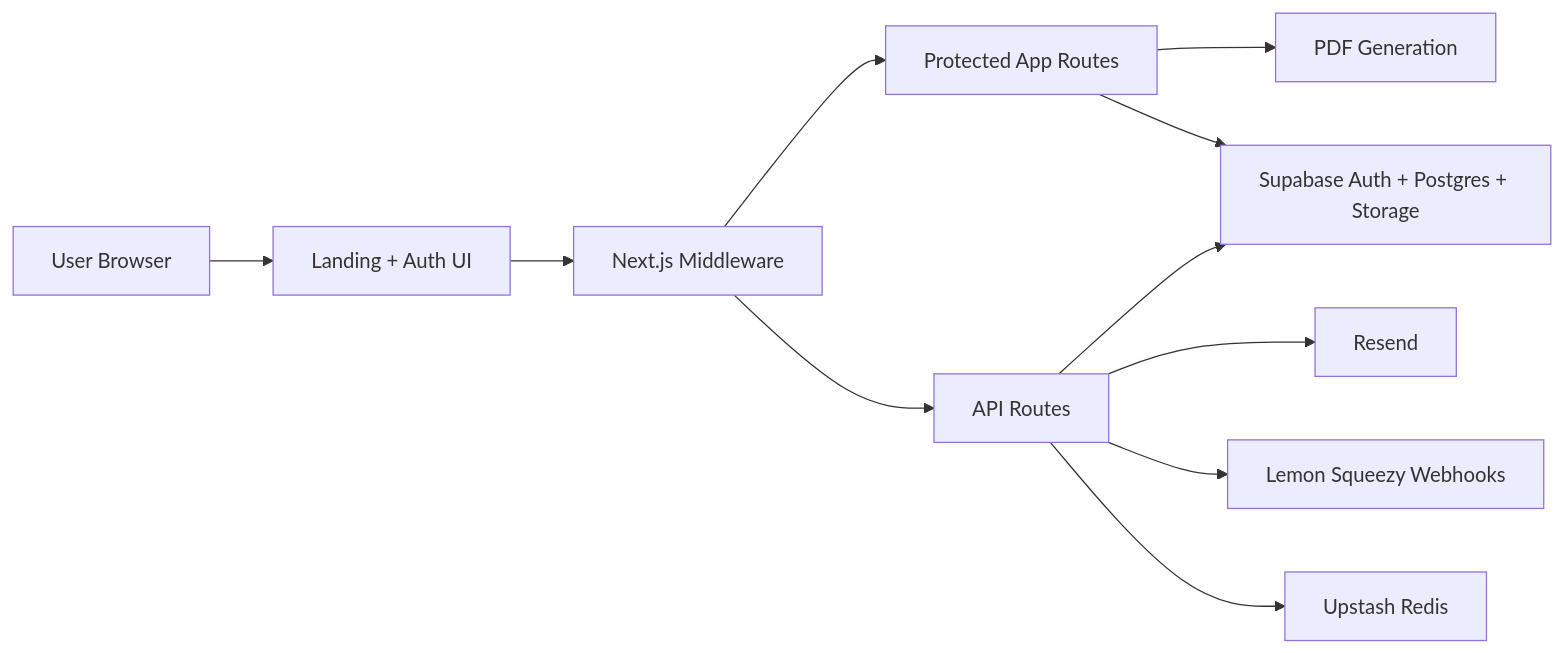
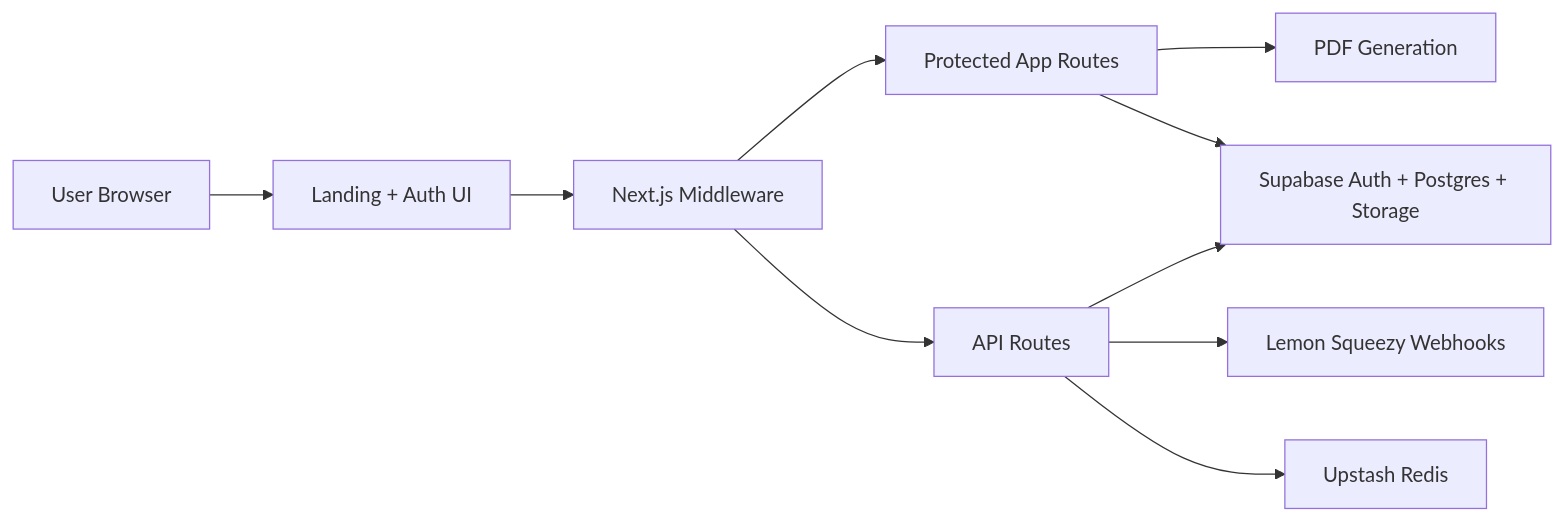
The first of 2 diagrams in docs/ARCHITECTURE.md (qati05/offertio), drawn with Mermaid before and after one commit. The commit also changed other lines of this file and 6 other files, not shown here.

````diff
--- a/docs/ARCHITECTURE.md
+++ b/docs/ARCHITECTURE.md
@@ -7,13 +7,12 @@
 ```mermaid
 flowchart LR
   User["User Browser"] --> Landing["Landing + Auth UI"]
   Landing --> Middleware["Next.js Middleware"]
   Middleware --> App["Protected App Routes"]
   Middleware --> Api["API Routes"]
   App --> Pdf["PDF Generation"]
   App --> Supabase["Supabase Auth + Postgres + Storage"]
   Api --> Supabase
-  Api --> Resend["Resend"]
   Api --> Lemon["Lemon Squeezy Webhooks"]
   Api --> Upstash["Upstash Redis"]
 ```
````
